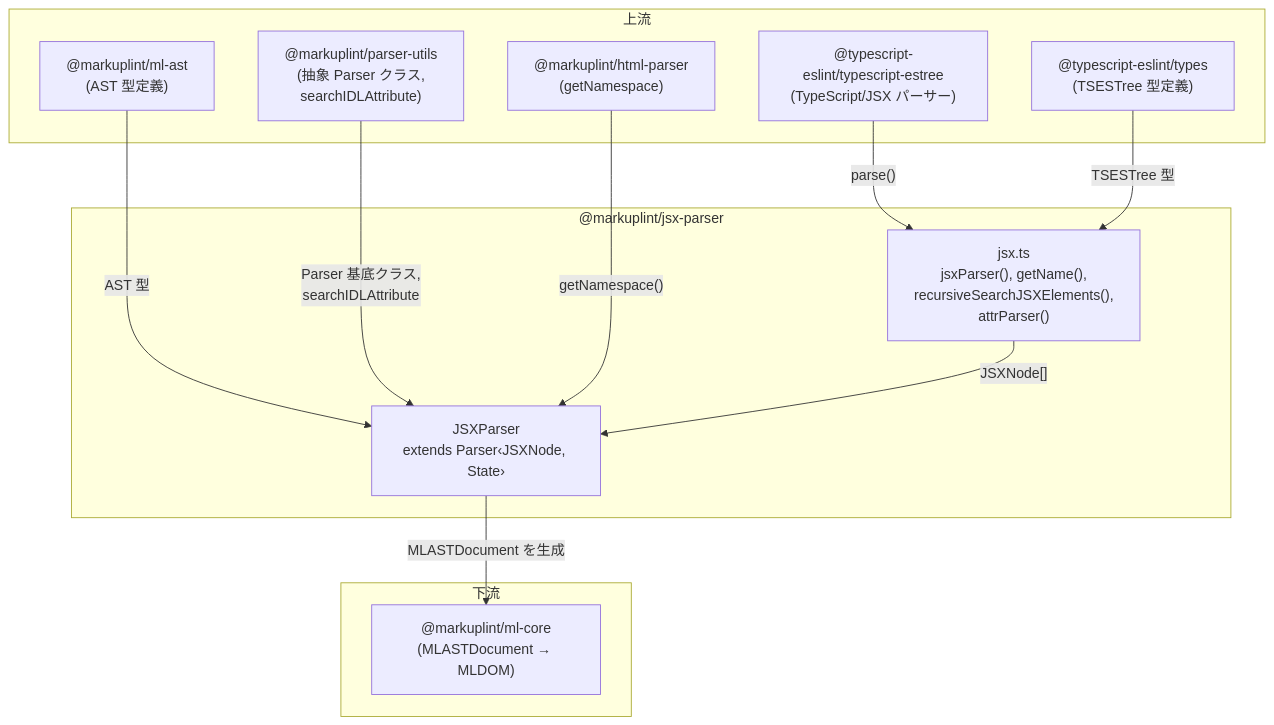
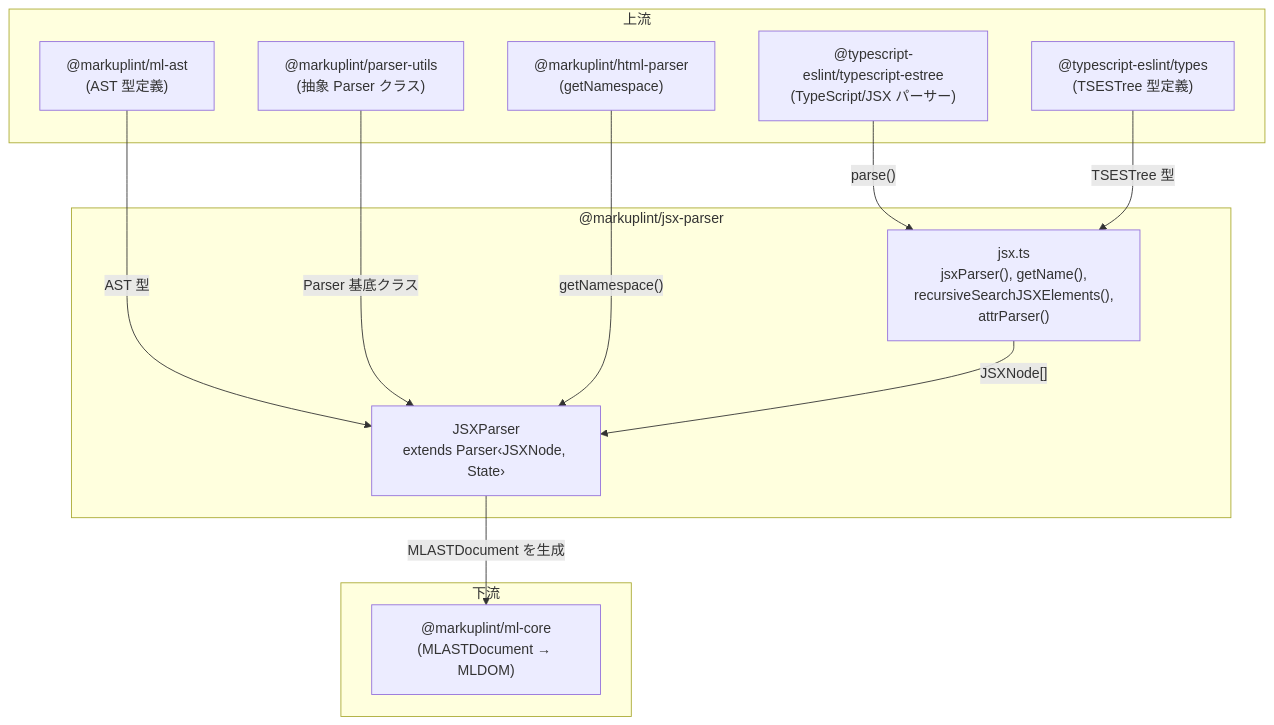
Before and after one commit to markuplint/markuplint: the first of 3 diagrams in packages/@markuplint/jsx-parser/ARCHITECTURE.ja.md, drawn with Mermaid. The commit also changed other lines of this file and 6 other files, not shown here.

First line of the commit message:
refactor(jsx-parser): remove IDL attribute mapping from visitAttr

````diff
--- a/packages/@markuplint/jsx-parser/ARCHITECTURE.ja.md
+++ b/packages/@markuplint/jsx-parser/ARCHITECTURE.ja.md
@@ -20,28 +20,28 @@
 ```mermaid
 flowchart TD
     subgraph upstream ["上流"]
         mlAst["@markuplint/ml-ast\n(AST 型定義)"]
-        parserUtils["@markuplint/parser-utils\n(抽象 Parser クラス,\nsearchIDLAttribute)"]
+        parserUtils["@markuplint/parser-utils\n(抽象 Parser クラス)"]
         htmlParser["@markuplint/html-parser\n(getNamespace)"]
         tsEstree["@typescript-eslint/typescript-estree\n(TypeScript/JSX パーサー)"]
         tsTypes["@typescript-eslint/types\n(TSESTree 型定義)"]
     end
 
     subgraph pkg ["@markuplint/jsx-parser"]
         jsxParserClass["JSXParser\nextends Parser‹JSXNode, State›"]
         jsxModule["jsx.ts\njsxParser(), getName(),\nrecursiveSearchJSXElements(),\nattrParser()"]
     end
 
     subgraph downstream ["下流"]
         mlCore["@markuplint/ml-core\n(MLASTDocument → MLDOM)"]
     end
 
     mlAst -->|"AST 型"| jsxParserClass
-    parserUtils -->|"Parser 基底クラス,\nsearchIDLAttribute"| jsxParserClass
+    parserUtils -->|"Parser 基底クラス"| jsxParserClass
     htmlParser -->|"getNamespace()"| jsxParserClass
     tsEstree -->|"parse()"| jsxModule
     tsTypes -->|"TSESTree 型"| jsxModule
 
     jsxModule -->|"JSXNode[]"| jsxParserClass
     jsxParserClass -->|"MLASTDocument を生成"| mlCore
 ```
````
